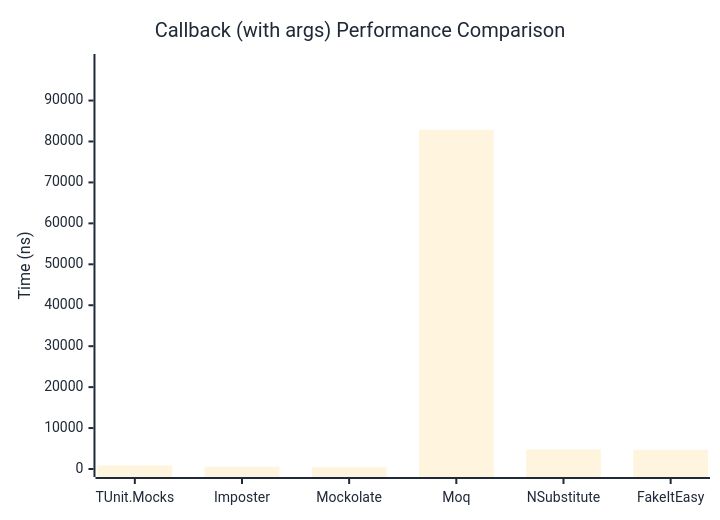
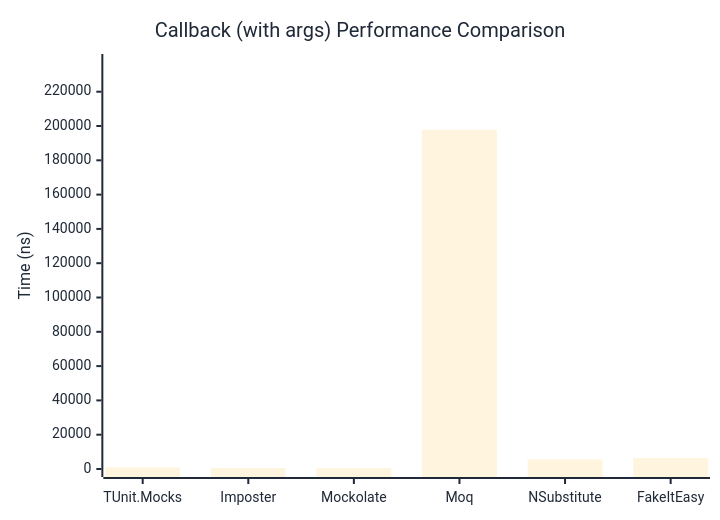
The second of 2 diagrams in docs/docs/benchmarks/mocks/Callback.md (thomhurst/TUnit), drawn with Mermaid before and after one commit. The commit also changed other lines of this file and 14 other files, not shown here.

````diff
--- a/docs/docs/benchmarks/mocks/Callback.md
+++ b/docs/docs/benchmarks/mocks/Callback.md
@@ -71,27 +71,27 @@
 ```mermaid
 %%{init: {
   'theme':'base',
   'themeVariables': {
     'primaryColor': '#2563eb',
     'primaryTextColor': '#1f2937',
     'primaryBorderColor': '#1e40af',
     'lineColor': '#6b7280',
     'secondaryColor': '#7c3aed',
     'tertiaryColor': '#dc2626',
     'background': '#ffffff',
     'pie1': '#2563eb',
     'pie2': '#7c3aed',
     'pie3': '#dc2626',
     'pie4': '#f59e0b',
     'pie5': '#10b981',
     'pie6': '#06b6d4',
     'pie7': '#ec4899',
     'pie8': '#6366f1'
   }
 }}%%
 xychart-beta
   title "Callback (with args) Performance Comparison"
   x-axis ["TUnit.Mocks", "Imposter", "Mockolate", "Moq", "NSubstitute", "FakeItEasy"]
-  y-axis "Time (ns)" 0 --> 99415
-  bar [876.9, 602.7, 465.3, 82845.2, 4776.6, 4678.7]
+  y-axis "Time (ns)" 0 --> 237323
+  bar [901.1, 537.3, 415.6, 197768.6, 5592.1, 6426.4]
 ```
````
